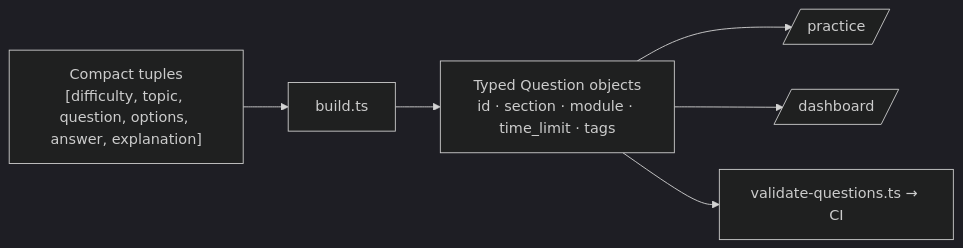
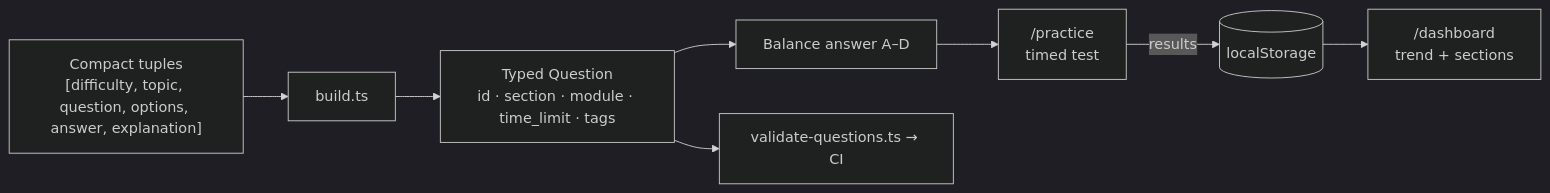
One commit to nvaltryek-001/MCQ changed the diagram in README.md. Above: the diagram before and after it, drawn with Mermaid (dark theme). The commit also changed other lines of this file and 7 other files, not shown here.

````diff
--- a/README.md
+++ b/README.md
@@ -43,8 +177,10 @@
 ```mermaid
 flowchart LR
   RAW["Compact tuples<br/>[difficulty, topic, question, options, answer, explanation]"] --> B[build.ts]
-  B --> Q[Typed Question objects<br/>id · section · module · time_limit · tags]
-  Q --> P[/practice/]
-  Q --> D[/dashboard/]
+  B --> Q["Typed Question<br/>id · section · module · time_limit · tags"]
+  Q --> BAL[Balance answer A–D]
+  BAL --> P["/practice<br/>timed test"]
+  P -->|results| LS[(localStorage)]
+  LS --> D["/dashboard<br/>trend + sections"]
   Q --> V[validate-questions.ts → CI]
 ```
````
